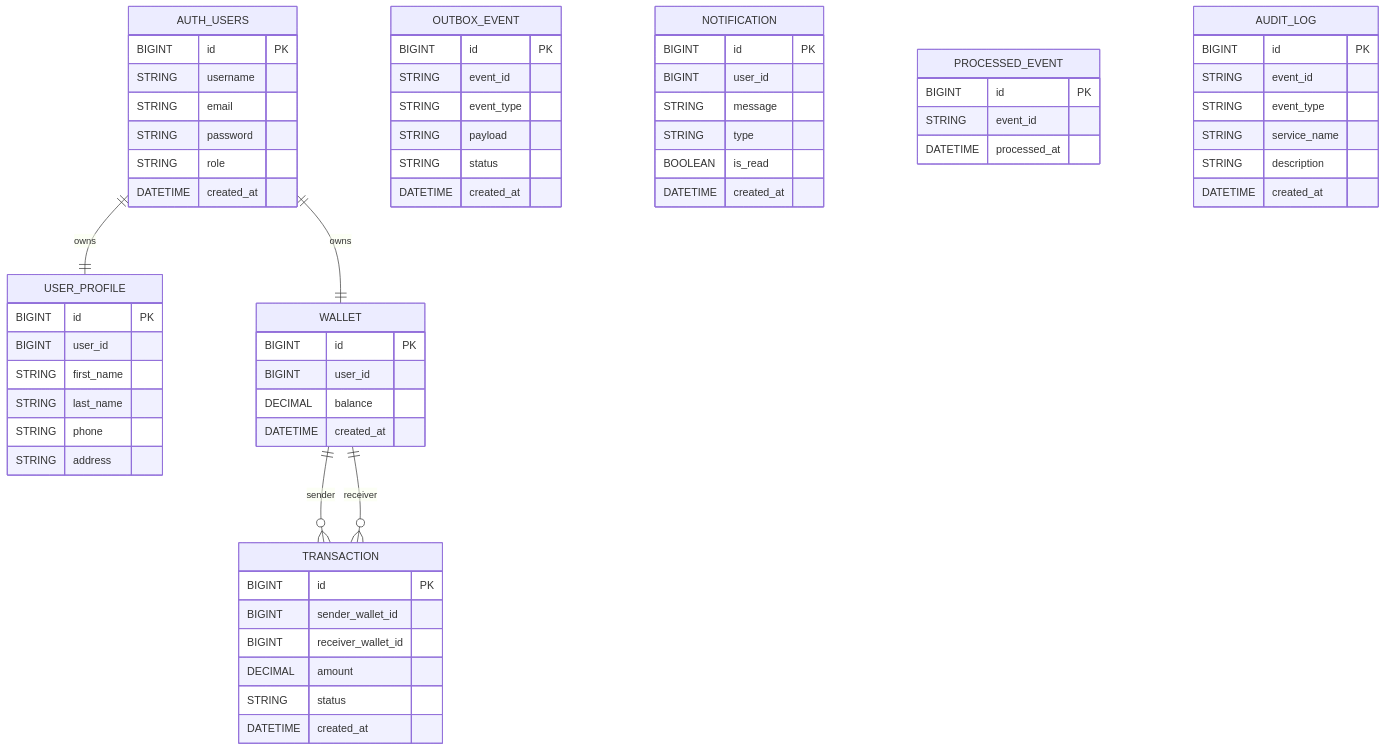
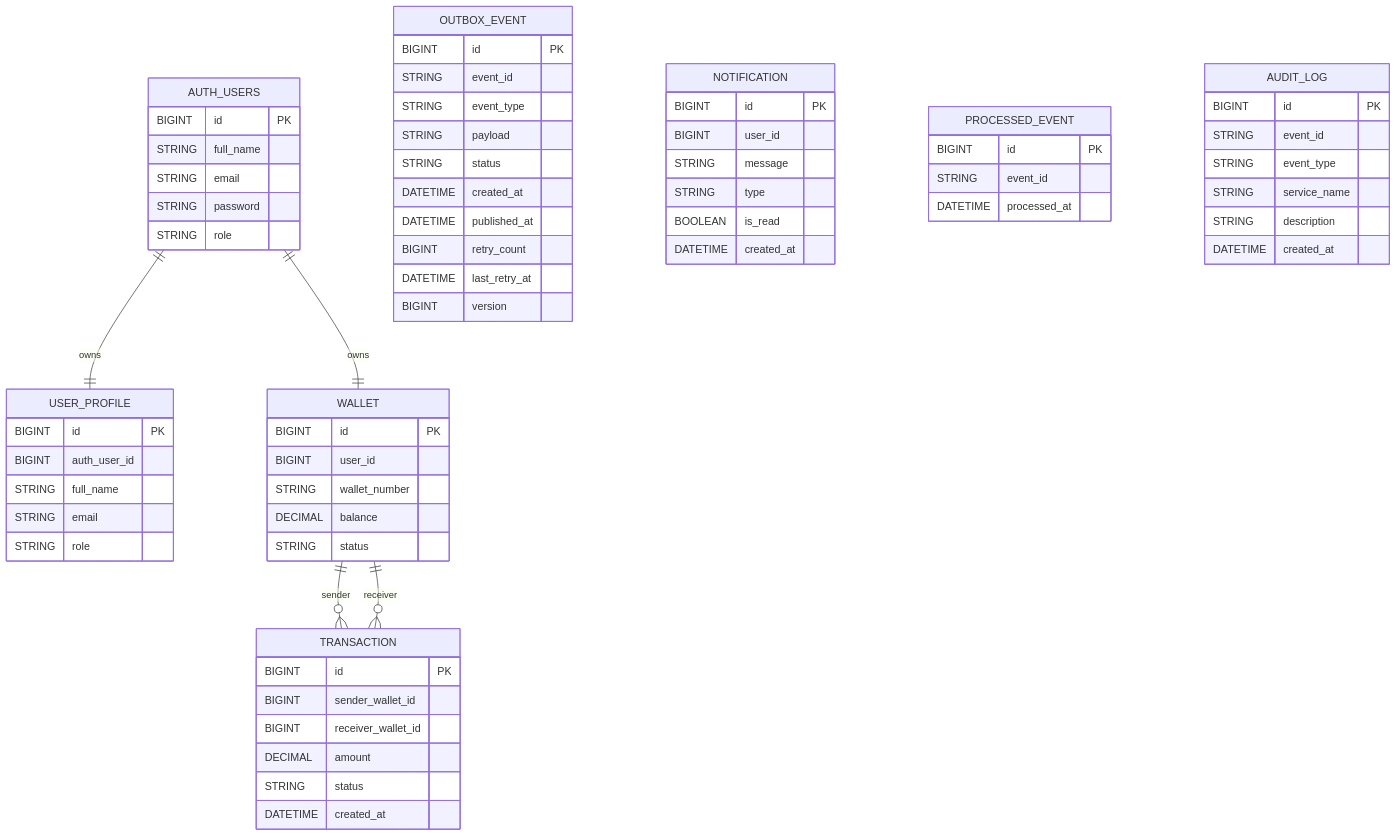
One commit to RAGHUVANSHI2024/PayFlow-V2 changed the fifth of 5 diagrams in README.md. Above: the diagram before and after it, drawn with Mermaid.

````diff
--- a/README.md
+++ b/README.md
@@ -377,75 +377,79 @@
 ```mermaid
 erDiagram
 
     AUTH_USERS {
         BIGINT id PK
-        STRING username
+        STRING full_name
         STRING email
         STRING password
         STRING role
-        DATETIME created_at
     }
 
     USER_PROFILE {
         BIGINT id PK
-        BIGINT user_id
-        STRING first_name
-        STRING last_name
-        STRING phone
-        STRING address
+        BIGINT auth_user_id
+        STRING full_name
+        STRING email
+        STRING role
     }
 
     WALLET {
         BIGINT id PK
         BIGINT user_id
+        STRING wallet_number
         DECIMAL balance
-        DATETIME created_at
+        STRING status
     }
 
     TRANSACTION {
         BIGINT id PK
         BIGINT sender_wallet_id
         BIGINT receiver_wallet_id
         DECIMAL amount
         STRING status
         DATETIME created_at
     }
 
     OUTBOX_EVENT {
         BIGINT id PK
         STRING event_id
         STRING event_type
         STRING payload
         STRING status
         DATETIME created_at
+        DATETIME published_at
+        BIGINT retry_count
+        DATETIME last_retry_at
+        BIGINT version
+        
     }
 
     NOTIFICATION {
         BIGINT id PK
         BIGINT user_id
         STRING message
         STRING type
         BOOLEAN is_read
         DATETIME created_at
     }
 
     PROCESSED_EVENT {
         BIGINT id PK
         STRING event_id
         DATETIME processed_at
     }
 
     AUDIT_LOG {
         BIGINT id PK
         STRING event_id
         STRING event_type
         STRING service_name
         STRING description
         DATETIME created_at
     }
 
     AUTH_USERS ||--|| USER_PROFILE : owns
     AUTH_USERS ||--|| WALLET : owns
     WALLET ||--o{ TRANSACTION : sender
     WALLET ||--o{ TRANSACTION : receiver
 ```
````
